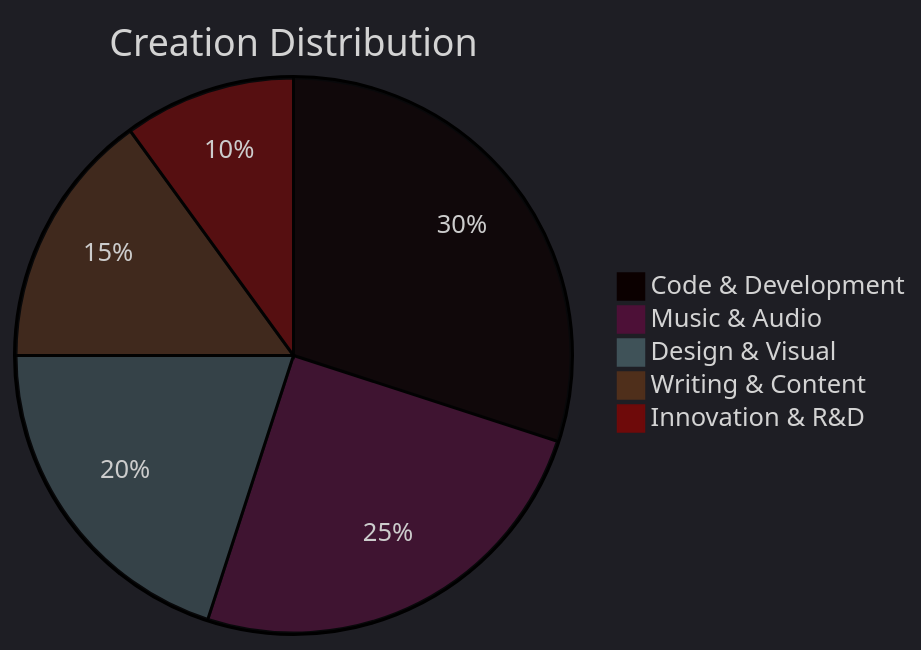
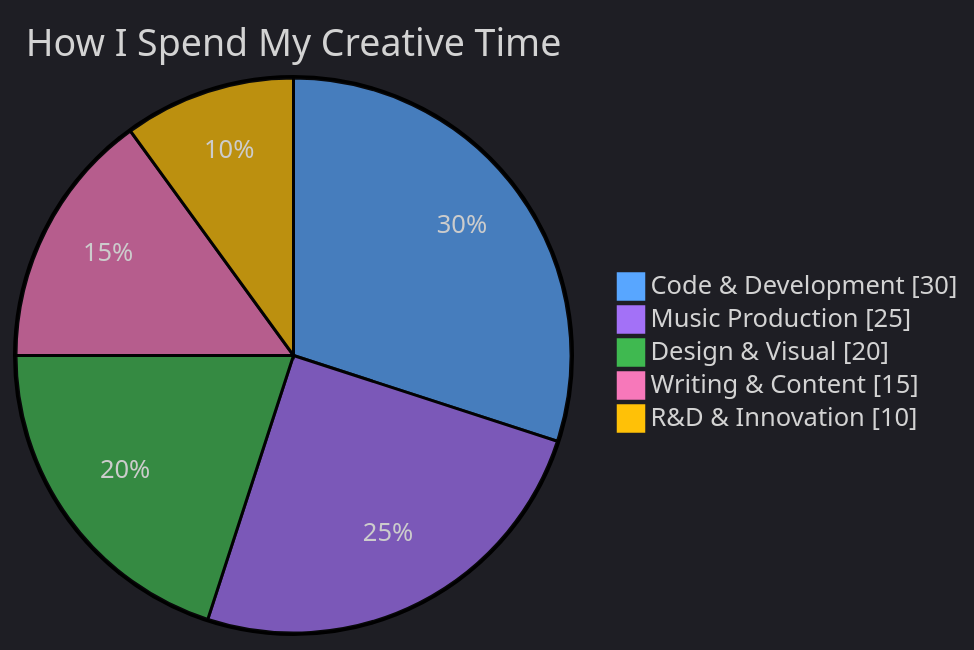
One commit to iakadion/iakadion changed the second of 2 diagrams in README.md. Above: the diagram before and after it, drawn with Mermaid. The commit also changed other lines of this file, not shown here.

````diff
--- a/README.md
+++ b/README.md
@@ -258,9 +373,10 @@
 ```mermaid
-%%{init: {'theme':'dark'}}%%
-pie title Creation Distribution
+%%{init: {'theme':'dark', 'themeVariables': { 'pie1': '#58a6ff', 'pie2': '#a371f7', 'pie3': '#3fb950', 'pie4': '#f778ba', 'pie5': '#ffc107'}}}%%
+pie showData
+    title How I Spend My Creative Time
     "Code & Development" : 30
-    "Music & Audio" : 25
+    "Music Production" : 25
     "Design & Visual" : 20
     "Writing & Content" : 15
-    "Innovation & R&D" : 10
+    "R&D & Innovation" : 10
 ```
````
